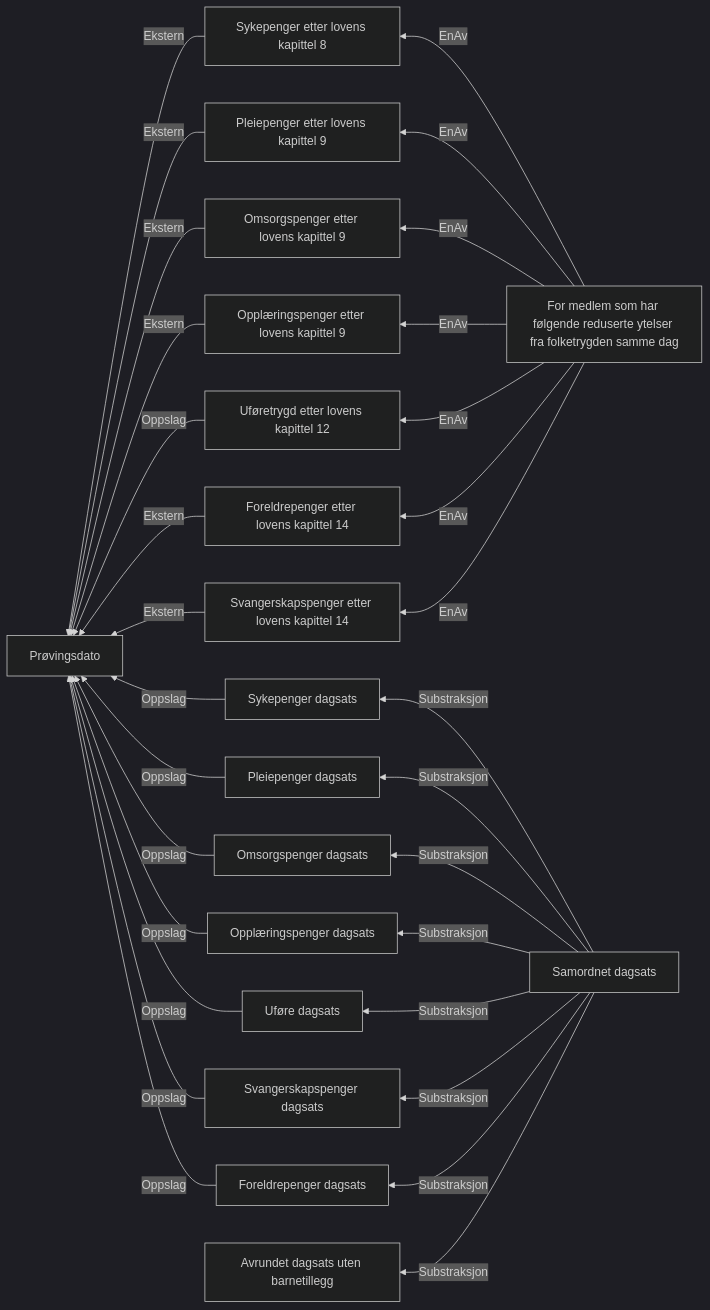
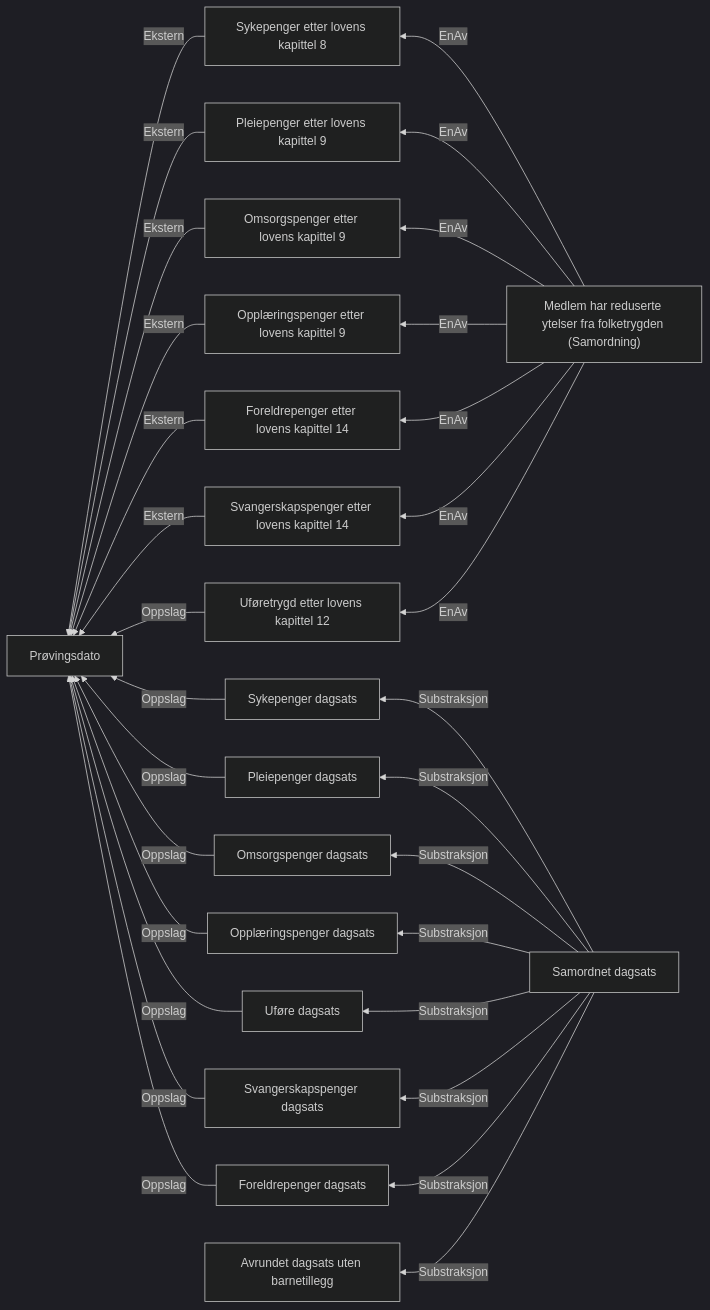
One commit to navikt/dp-vedtak changed the diagram in docs/regler/§ 4-25.Samordning med reduserte ytelser fra folketrygden, eller redusert avtalefestet pensjon.approved.md. Above: the diagram before and after it, drawn with Mermaid (dark theme). The commit also changed 11 other files, not shown here.

````diff
--- a/docs/regler/§ 4-25.Samordning med reduserte ytelser fra folketrygden, eller redusert avtalefestet pensjon.approved.md
+++ b/docs/regler/§ 4-25.Samordning med reduserte ytelser fra folketrygden, eller redusert avtalefestet pensjon.approved.md
@@ -5,32 +5,32 @@
 ```mermaid
 graph RL
   A["Sykepenger etter lovens kapittel 8"] -->|"Ekstern"| B["Prøvingsdato"]
   C["Pleiepenger etter lovens kapittel 9"] -->|"Ekstern"| B["Prøvingsdato"]
   D["Omsorgspenger etter lovens kapittel 9"] -->|"Ekstern"| B["Prøvingsdato"]
   E["Opplæringspenger etter lovens kapittel 9"] -->|"Ekstern"| B["Prøvingsdato"]
-  F["Uføretrygd etter lovens kapittel 12"] -->|"Oppslag"| B["Prøvingsdato"]
-  G["Foreldrepenger etter lovens kapittel 14"] -->|"Ekstern"| B["Prøvingsdato"]
-  H["Svangerskapspenger etter lovens kapittel 14"] -->|"Ekstern"| B["Prøvingsdato"]
+  F["Foreldrepenger etter lovens kapittel 14"] -->|"Ekstern"| B["Prøvingsdato"]
+  G["Svangerskapspenger etter lovens kapittel 14"] -->|"Ekstern"| B["Prøvingsdato"]
+  H["Uføretrygd etter lovens kapittel 12"] -->|"Oppslag"| B["Prøvingsdato"]
   I["Sykepenger dagsats"] -->|"Oppslag"| B["Prøvingsdato"]
   J["Pleiepenger dagsats"] -->|"Oppslag"| B["Prøvingsdato"]
   K["Omsorgspenger dagsats"] -->|"Oppslag"| B["Prøvingsdato"]
   L["Opplæringspenger dagsats"] -->|"Oppslag"| B["Prøvingsdato"]
   M["Uføre dagsats"] -->|"Oppslag"| B["Prøvingsdato"]
   N["Svangerskapspenger dagsats"] -->|"Oppslag"| B["Prøvingsdato"]
   O["Foreldrepenger dagsats"] -->|"Oppslag"| B["Prøvingsdato"]
   P["Samordnet dagsats"] -->|"Substraksjon"| Q["Avrundet dagsats uten barnetillegg"]
   P["Samordnet dagsats"] -->|"Substraksjon"| I["Sykepenger dagsats"]
   P["Samordnet dagsats"] -->|"Substraksjon"| J["Pleiepenger dagsats"]
   P["Samordnet dagsats"] -->|"Substraksjon"| K["Omsorgspenger dagsats"]
   P["Samordnet dagsats"] -->|"Substraksjon"| L["Opplæringspenger dagsats"]
   P["Samordnet dagsats"] -->|"Substraksjon"| M["Uføre dagsats"]
   P["Samordnet dagsats"] -->|"Substraksjon"| O["Foreldrepenger dagsats"]
   P["Samordnet dagsats"] -->|"Substraksjon"| N["Svangerskapspenger dagsats"]
-  R["For medlem som har følgende reduserte ytelser fra folketrygden samme dag"] -->|"EnAv"| A["Sykepenger etter lovens kapittel 8"]
-  R["For medlem som har følgende reduserte ytelser fra folketrygden samme dag"] -->|"EnAv"| C["Pleiepenger etter lovens kapittel 9"]
-  R["For medlem som har følgende reduserte ytelser fra folketrygden samme dag"] -->|"EnAv"| D["Omsorgspenger etter lovens kapittel 9"]
-  R["For medlem som har følgende reduserte ytelser fra folketrygden samme dag"] -->|"EnAv"| E["Opplæringspenger etter lovens kapittel 9"]
-  R["For medlem som har følgende reduserte ytelser fra folketrygden samme dag"] -->|"EnAv"| F["Uføretrygd etter lovens kapittel 12"]
-  R["For medlem som har følgende reduserte ytelser fra folketrygden samme dag"] -->|"EnAv"| G["Foreldrepenger etter lovens kapittel 14"]
-  R["For medlem som har følgende reduserte ytelser fra folketrygden samme dag"] -->|"EnAv"| H["Svangerskapspenger etter lovens kapittel 14"]
+  R["Medlem har reduserte ytelser fra folketrygden (Samordning)"] -->|"EnAv"| A["Sykepenger etter lovens kapittel 8"]
+  R["Medlem har reduserte ytelser fra folketrygden (Samordning)"] -->|"EnAv"| C["Pleiepenger etter lovens kapittel 9"]
+  R["Medlem har reduserte ytelser fra folketrygden (Samordning)"] -->|"EnAv"| D["Omsorgspenger etter lovens kapittel 9"]
+  R["Medlem har reduserte ytelser fra folketrygden (Samordning)"] -->|"EnAv"| E["Opplæringspenger etter lovens kapittel 9"]
+  R["Medlem har reduserte ytelser fra folketrygden (Samordning)"] -->|"EnAv"| H["Uføretrygd etter lovens kapittel 12"]
+  R["Medlem har reduserte ytelser fra folketrygden (Samordning)"] -->|"EnAv"| F["Foreldrepenger etter lovens kapittel 14"]
+  R["Medlem har reduserte ytelser fra folketrygden (Samordning)"] -->|"EnAv"| G["Svangerskapspenger etter lovens kapittel 14"]
 ```
````
